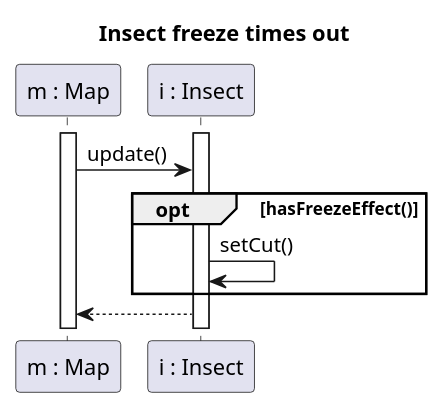
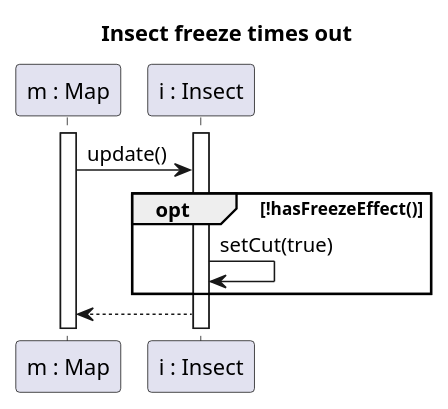
Before and after one commit to Harcipan/Projlab_nullpointerexception: the diagram in diagrams/diagramFiles/SQ_InsectFreezeTimeout.puml, drawn with PlantUML. The commit also changed 1 other file, not shown here.

Commit message:
Updated SQ_InsectFreezeTimeout.puml: inverted the condition and added params to setCut()

```diff
--- a/diagrams/diagramFiles/SQ_InsectFreezeTimeout.puml
+++ b/diagrams/diagramFiles/SQ_InsectFreezeTimeout.puml
@@ -1,18 +1,18 @@
 @startuml Insect freeze times out
 
 title Insect freeze times out
 
 participant "m : Map" as M
 participant "i : Insect" as I
 
 activate M
 activate I
 
 M -> I : update()
-opt hasFreezeEffect() 
-    I -> I : setCut()
+opt !hasFreezeEffect() 
+    I -> I : setCut(true)
 end
 I --> M
 
 
 @enduml
```
